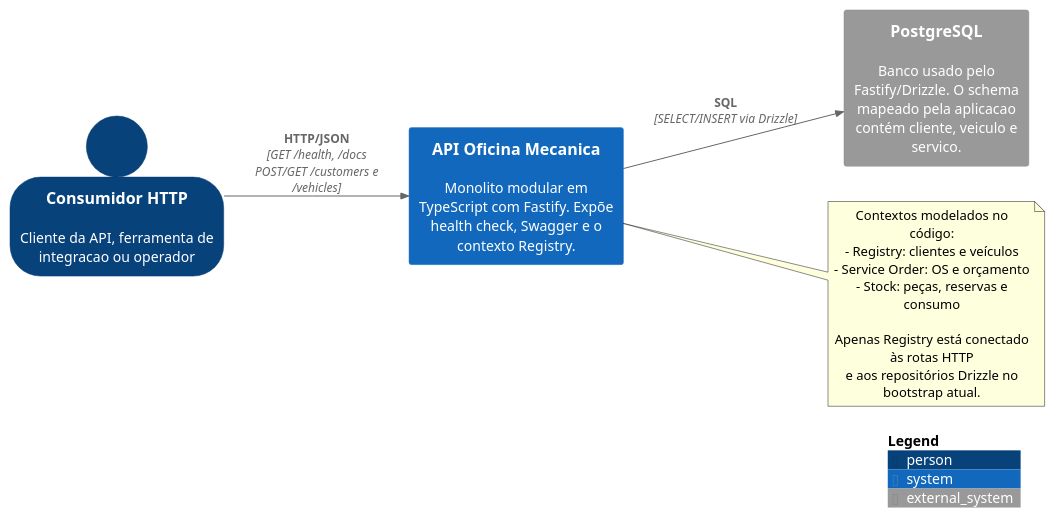
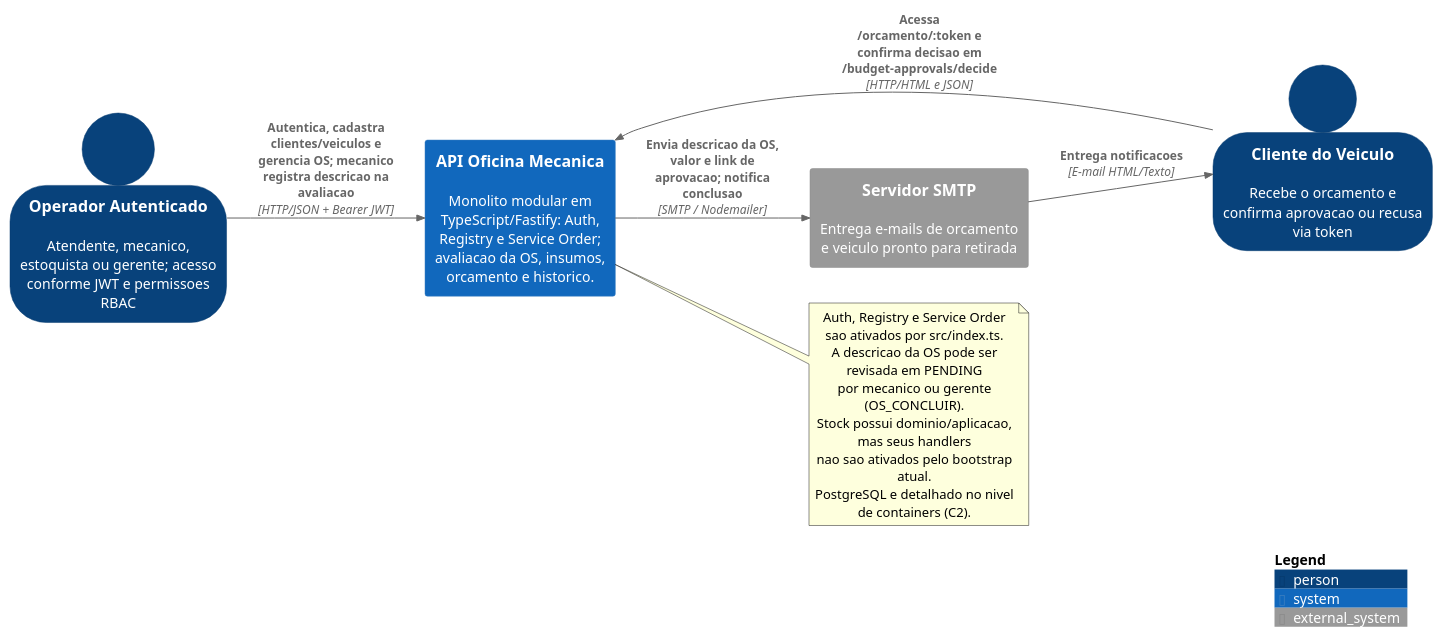
The diagram in docs/plantuml/c4-context.puml (15soat-fiap-45/api.mecanica), drawn with PlantUML before and after one commit. The commit also changed 21 other files, not shown here.

Commit message:
feat(service-order): allow evaluation description updates and align C4 docs

```diff
--- a/docs/plantuml/c4-context.puml
+++ b/docs/plantuml/c4-context.puml
@@ -1,24 +1,26 @@
 @startuml C4 Context - API Oficina Mecanica
 !include https://raw.githubusercontent.com/plantuml-stdlib/C4-PlantUML/master/C4_Context.puml
 LAYOUT_LEFT_RIGHT()
 SHOW_PERSON_OUTLINE()
 
-Person(api_client, "Consumidor HTTP", "Cliente da API, ferramenta de integracao ou operador")
-System(api, "API Oficina Mecanica", "Monolito modular em TypeScript com Fastify. Expõe health check, Swagger e o contexto Registry.")
-System_Ext(postgres, "PostgreSQL", "Banco usado pelo Fastify/Drizzle. O schema mapeado pela aplicacao contém cliente, veiculo e servico.")
+Person(operator, "Operador Autenticado", "Atendente, mecanico, estoquista ou gerente; acesso conforme JWT e permissoes RBAC")
+Person(customer, "Cliente do Veiculo", "Recebe o orcamento e confirma aprovacao ou recusa via token")
+System(api, "API Oficina Mecanica", "Monolito modular em TypeScript/Fastify: Auth, Registry e Service Order; avaliacao da OS, insumos, orcamento e historico.")
+System_Ext(smtp, "Servidor SMTP", "Entrega e-mails de orcamento e veiculo pronto para retirada")
 
-Rel(api_client, api, "HTTP/JSON", "GET /health, /docs\nPOST/GET /customers e /vehicles")
-Rel(api, postgres, "SQL", "SELECT/INSERT via Drizzle")
+Rel(operator, api, "Autentica, cadastra clientes/veiculos e gerencia OS; mecanico registra descricao na avaliacao", "HTTP/JSON + Bearer JWT")
+Rel(api, smtp, "Envia descricao da OS, valor e link de aprovacao; notifica conclusao", "SMTP / Nodemailer")
+Rel(smtp, customer, "Entrega notificacoes", "E-mail HTML/Texto")
+Rel(customer, api, "Acessa /orcamento/:token e confirma decisao em /budget-approvals/decide", "HTTP/HTML e JSON")
 
 note right of api
-    Contextos modelados no código:
-    - Registry: clientes e veículos
-    - Service Order: OS e orçamento
-    - Stock: peças, reservas e consumo
-
-    Apenas Registry está conectado às rotas HTTP
-    e aos repositórios Drizzle no bootstrap atual.
+    Auth, Registry e Service Order sao ativados por src/index.ts.
+    A descricao da OS pode ser revisada em PENDING
+    por mecanico ou gerente (OS_CONCLUIR).
+    Stock possui dominio/aplicacao, mas seus handlers
+    nao sao ativados pelo bootstrap atual.
+    PostgreSQL e detalhado no nivel de containers (C2).
 end note
 
 SHOW_LEGEND()
 @enduml
```
